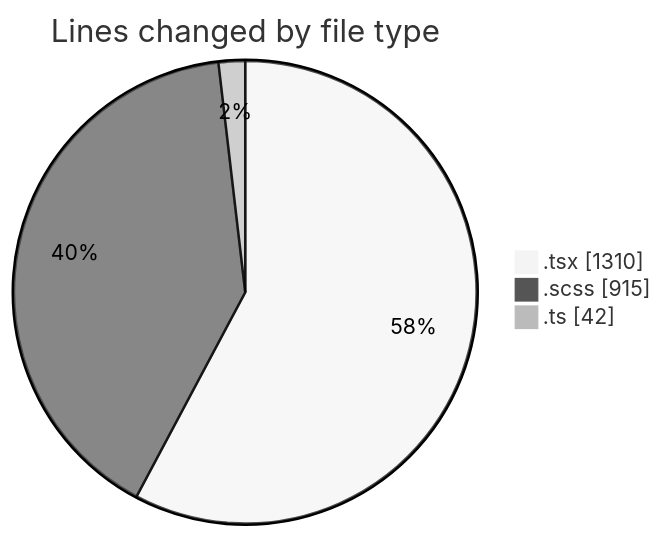
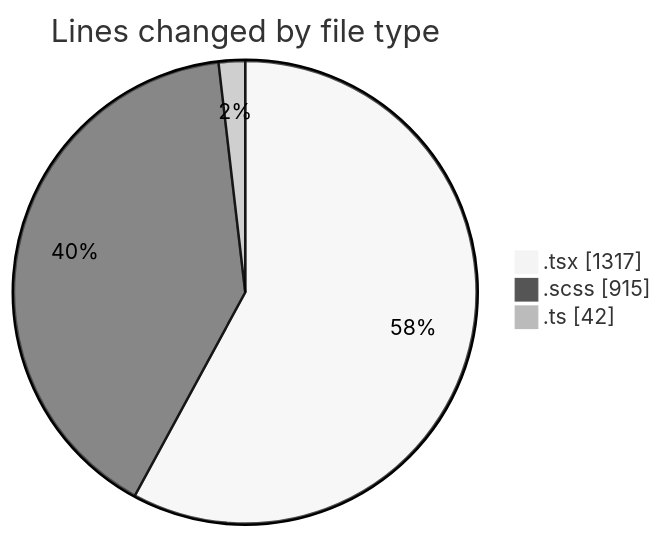
The first of 2 diagrams in 2025-03-27/cda/README.md (momahboobian/code-tracking), drawn with Mermaid (neutral theme) before and after one commit. The commit also changed other lines of this file and 1 other file, not shown here.

````diff
--- a/2025-03-27/cda/README.md
+++ b/2025-03-27/cda/README.md
@@ -29,7 +29,7 @@
 ```mermaid
 pie showData
 title Lines changed by file type
-".tsx" : 1310
+".tsx" : 1317
 ".scss" : 915
 ".ts" : 42
 ```
````
